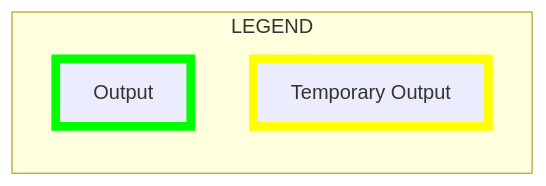
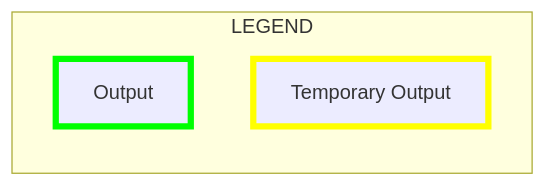
The first of 2 diagrams in resources/diagram.md (cuspuk/workflow_respiratory), drawn with Mermaid before and after one commit. The commit also changed other lines of this file and 3 other files, not shown here.

````diff
--- a/resources/diagram.md
+++ b/resources/diagram.md
@@ -5,12 +5,12 @@
 ```mermaid
 flowchart LR;
   subgraph LEG[LEGEND];
   L1[Output];
   L2[Temporary Output];
 
-  style L1 stroke:#00ff00,stroke-width:7px;
-  style L2 stroke:#ffff00,stroke-width:7px;
+  style L1 stroke:#00ff00,stroke-width:5px;
+  style L2 stroke:#ffff00,stroke-width:5px;
   end;
 
 
 ```
````
